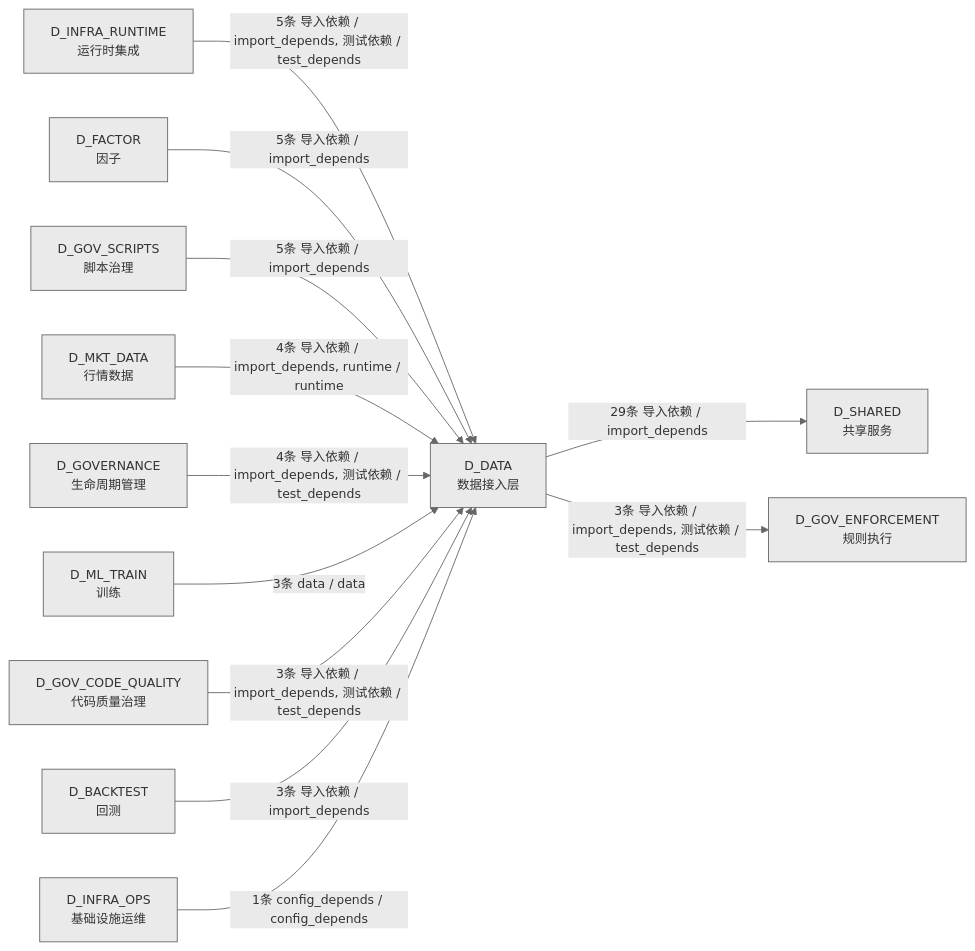
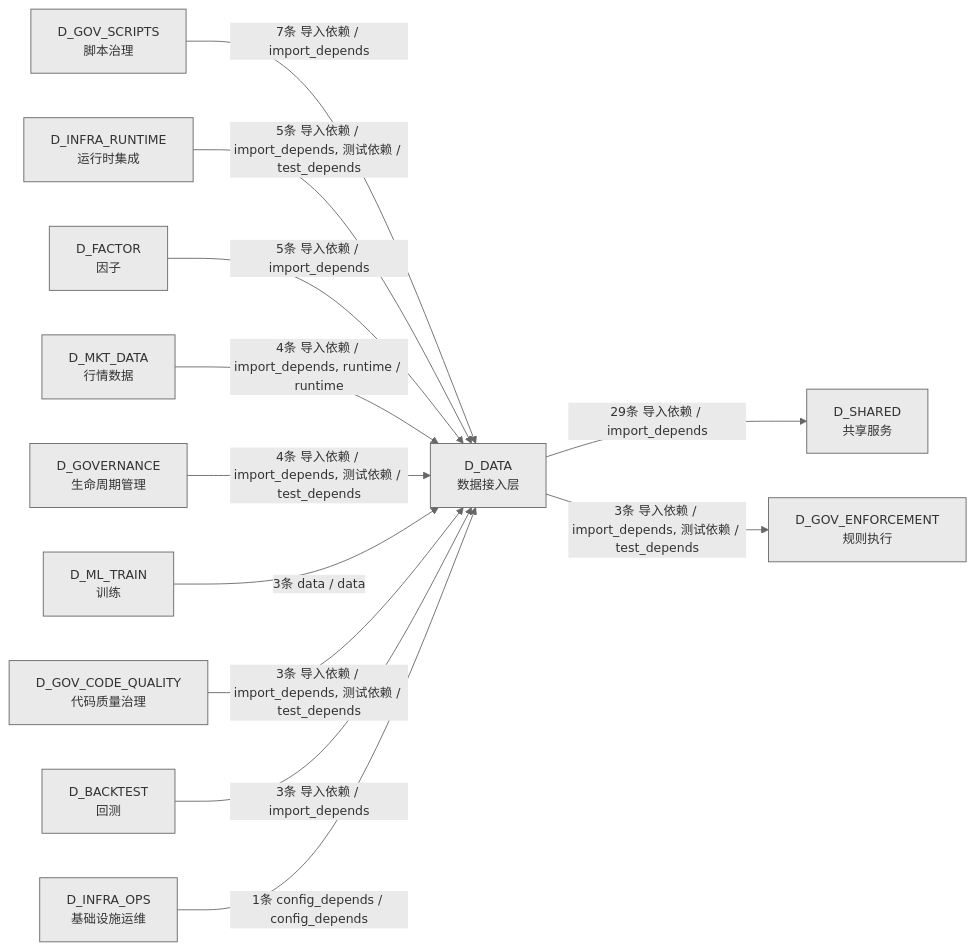
Before and after one commit to xuanFelixVan/ZephyrAlpha: the fourth of 4 diagrams in docs/02_enterprise_architecture/02_domain_architecture_docs/11_d_data.md, drawn with Mermaid. The commit also changed other lines of this file and 41 other files, not shown here.

````diff
--- a/docs/02_enterprise_architecture/02_domain_architecture_docs/11_d_data.md
+++ b/docs/02_enterprise_architecture/02_domain_architecture_docs/11_d_data.md
@@ -1445,27 +1447,27 @@
 ```mermaid
 %%{init: {'theme': 'base', 'themeVariables': {'primaryColor': '#eaeaea', 'primaryTextColor': '#333333', 'primaryBorderColor': '#666666', 'lineColor': '#666666', 'secondaryColor': '#eaeaea', 'tertiaryColor': '#eaeaea', 'fontSize': '14px'}}}%%
 graph LR
     D_DATA["D_DATA<br/>数据接入层"]
     D_SHARED["D_SHARED<br/>共享服务"]
     D_GOV_ENFORCEMENT["D_GOV_ENFORCEMENT<br/>规则执行"]
+    D_GOV_SCRIPTS["D_GOV_SCRIPTS<br/>脚本治理"]
     D_INFRA_RUNTIME["D_INFRA_RUNTIME<br/>运行时集成"]
     D_FACTOR["D_FACTOR<br/>因子"]
-    D_GOV_SCRIPTS["D_GOV_SCRIPTS<br/>脚本治理"]
     D_MKT_DATA["D_MKT_DATA<br/>行情数据"]
     D_GOVERNANCE["D_GOVERNANCE<br/>生命周期管理"]
     D_ML_TRAIN["D_ML_TRAIN<br/>训练"]
     D_GOV_CODE_QUALITY["D_GOV_CODE_QUALITY<br/>代码质量治理"]
     D_BACKTEST["D_BACKTEST<br/>回测"]
     D_INFRA_OPS["D_INFRA_OPS<br/>基础设施运维"]
     D_DATA -->|29条 导入依赖 / import_depends| D_SHARED
     D_DATA -->|3条 导入依赖 / import_depends, 测试依赖 / test_depends| D_GOV_ENFORCEMENT
+    D_GOV_SCRIPTS -->|7条 导入依赖 / import_depends| D_DATA
     D_INFRA_RUNTIME -->|5条 导入依赖 / import_depends, 测试依赖 / test_depends| D_DATA
     D_FACTOR -->|5条 导入依赖 / import_depends| D_DATA
-    D_GOV_SCRIPTS -->|5条 导入依赖 / import_depends| D_DATA
     D_MKT_DATA -->|4条 导入依赖 / import_depends, runtime / runtime| D_DATA
     D_GOVERNANCE -->|4条 导入依赖 / import_depends, 测试依赖 / test_depends| D_DATA
     D_ML_TRAIN -->|3条 data / data| D_DATA
     D_GOV_CODE_QUALITY -->|3条 导入依赖 / import_depends, 测试依赖 / test_depends| D_DATA
     D_BACKTEST -->|3条 导入依赖 / import_depends| D_DATA
     D_INFRA_OPS -->|1条 config_depends / config_depends| D_DATA
 ```
````
